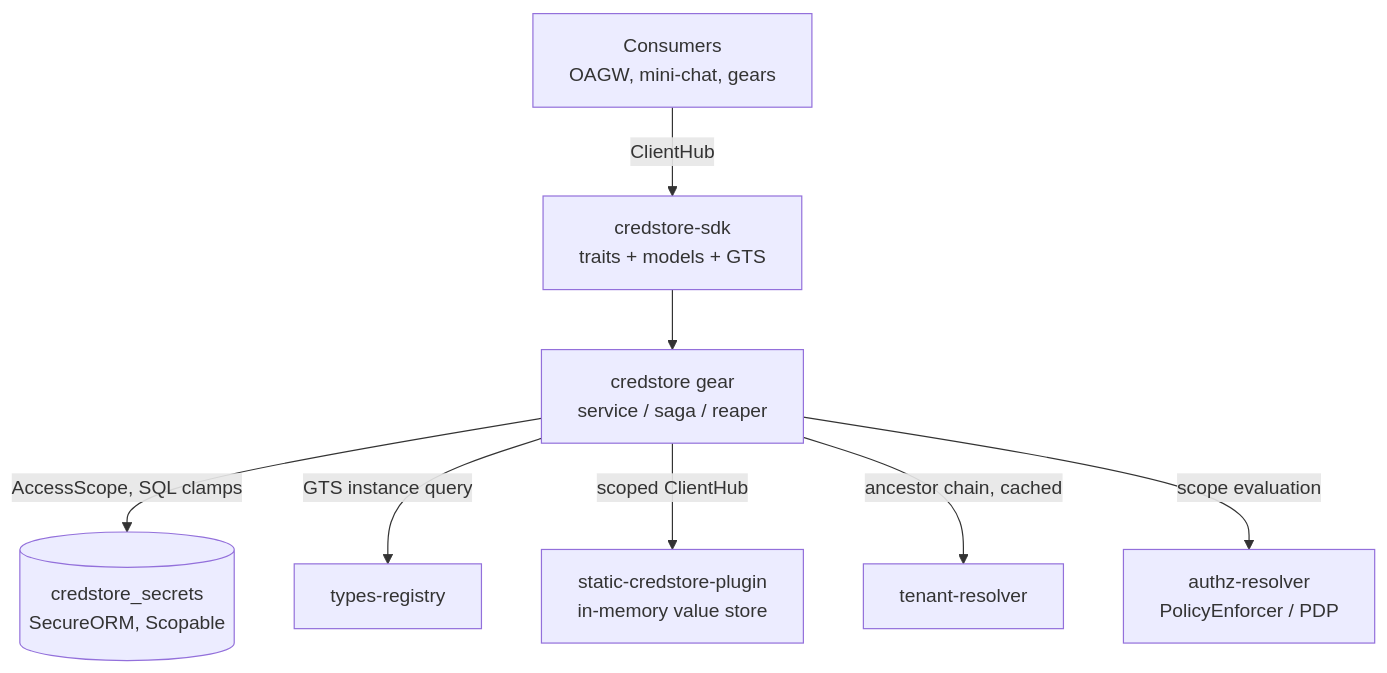
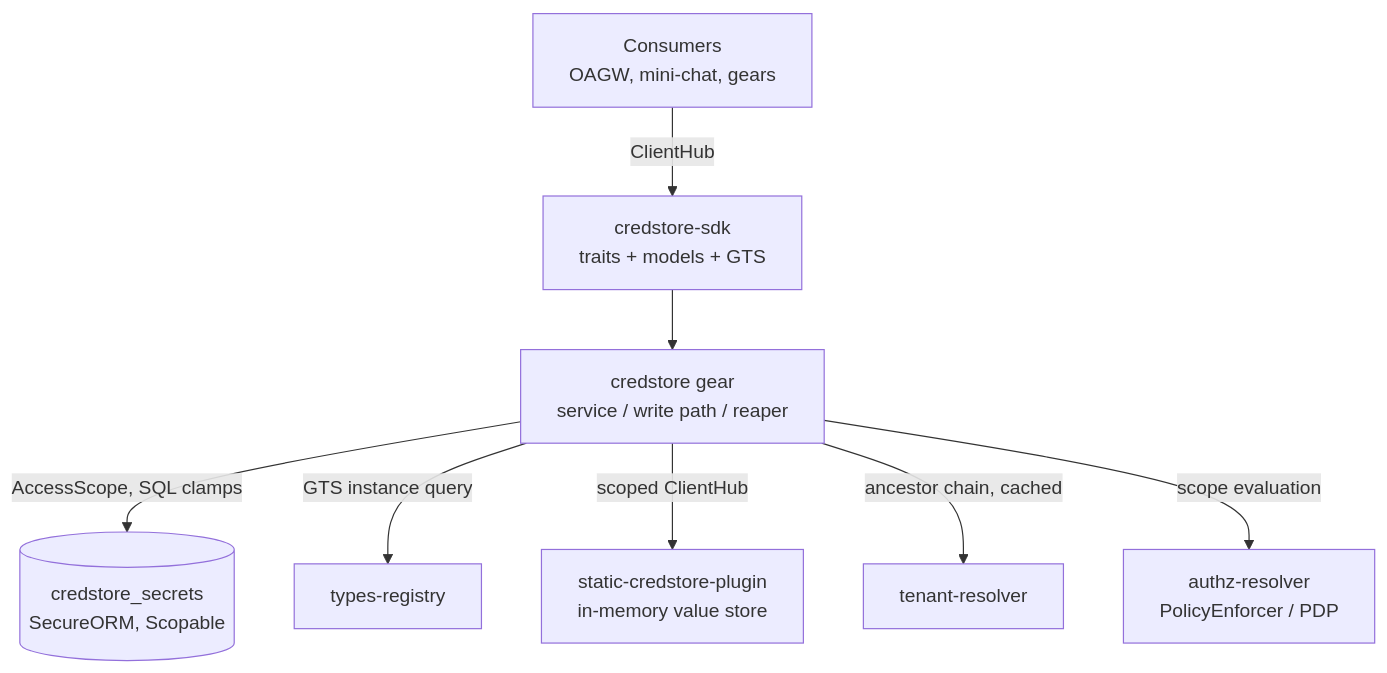
One commit to constructorfabric/cyberware-rust changed the first of 5 diagrams in gears/credstore/docs/DESIGN.md. Above: the diagram before and after it, drawn with Mermaid. The commit also changed other lines of this file and 10 other files, not shown here.

````diff
--- a/gears/credstore/docs/DESIGN.md
+++ b/gears/credstore/docs/DESIGN.md
@@ -298,19 +301,19 @@
 ```mermaid
 graph TB
     Consumer[Consumers<br/>OAGW, mini-chat, gears]
     SDK[credstore-sdk<br/>traits + models + GTS]
-    GW[credstore gear<br/>service / saga / reaper]
+    GW[credstore gear<br/>service / write path / reaper]
     REPO[(credstore_secrets<br/>SecureORM, Scopable)]
     SP[static-credstore-plugin<br/>in-memory value store]
     PDP[authz-resolver<br/>PolicyEnforcer / PDP]
     TR[tenant-resolver]
     TReg[types-registry]
 
     Consumer -->|ClientHub| SDK
     SDK --> GW
     GW -->|AccessScope, SQL clamps| REPO
     GW -->|GTS instance query| TReg
     GW -->|scoped ClientHub| SP
     GW -->|ancestor chain, cached| TR
     GW -->|scope evaluation| PDP
 ```
````
